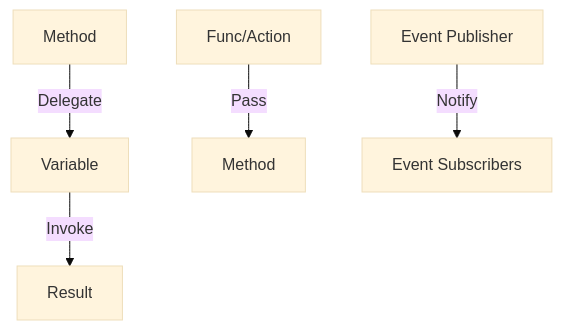
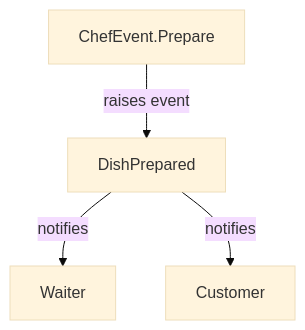
The fifth of 5 diagrams in 39_delegates_and_actions/README.md (BasharAlwarad/Software_Engineering_course), drawn with Mermaid (base theme) before and after one commit. The commit also changed other lines of this file and 33 other files, not shown here.

````diff
--- a/39_delegates_and_actions/README.md
+++ b/39_delegates_and_actions/README.md
@@ -118,7 +130,6 @@
 ```mermaid
 graph TD;
-    A[Method] -->|Delegate| B[Variable]
-    B -->|Invoke| C[Result]
-    D[Func/Action] -->|Pass| E[Method]
-    F[Event Publisher] -- Notify --> G[Event Subscribers]
+    A[ChefEvent.Prepare] -->|raises event| B[DishPrepared]
+    B -->|notifies| C[Waiter]
+    B -->|notifies| D[Customer]
 ```
````
